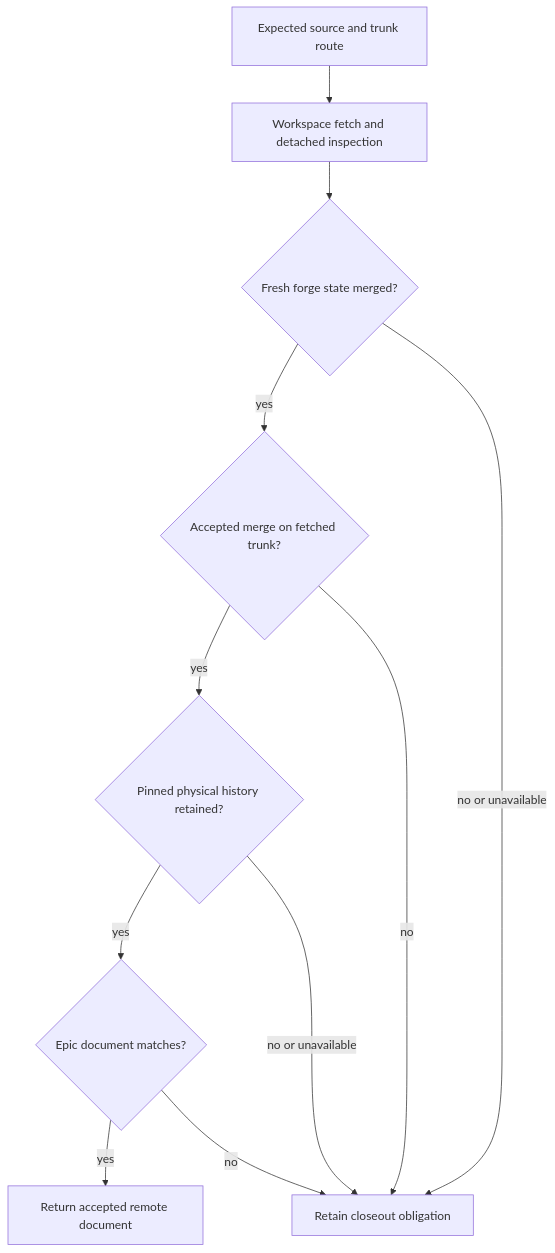
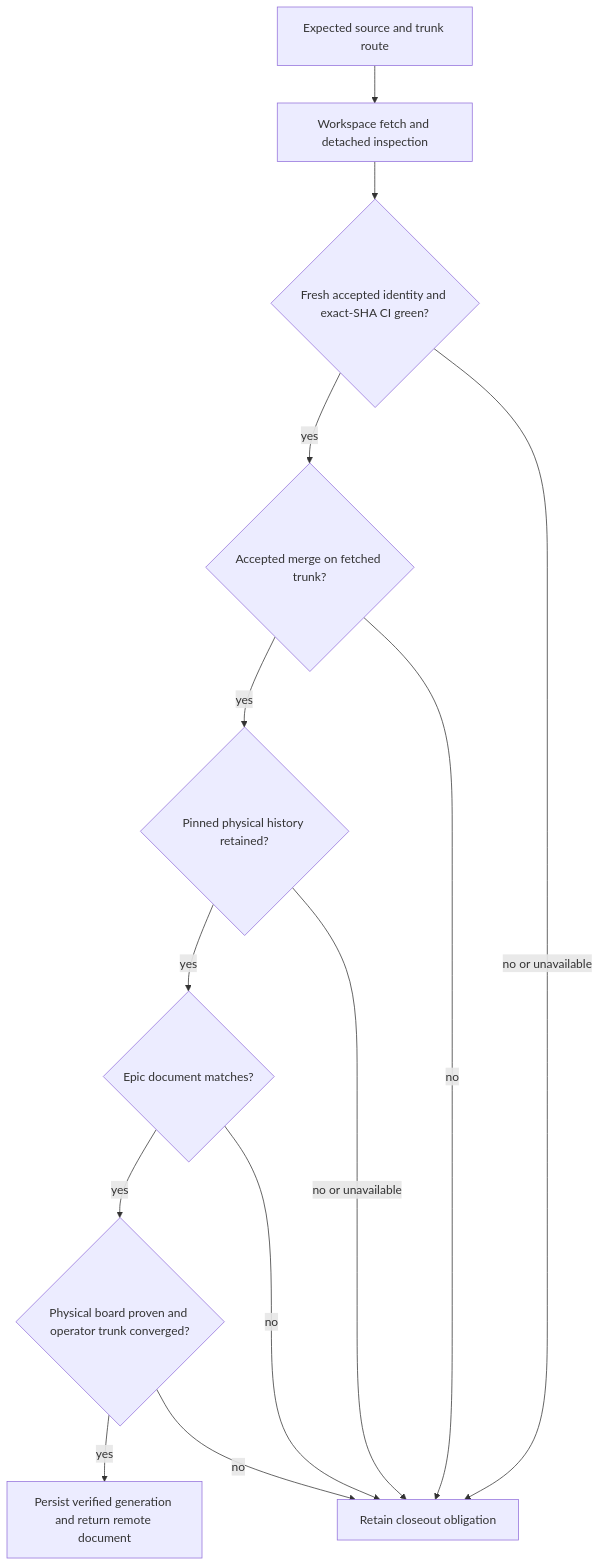
Before and after one commit to vincentc-b/CascadeCode: the second of 2 diagrams in cascade/boss/DESIGN.md, drawn with Mermaid. The commit also changed other lines of this file and 15 other files, not shown here.

````diff
--- a/cascade/boss/DESIGN.md
+++ b/cascade/boss/DESIGN.md
@@ -185,13 +196,15 @@
 ```mermaid
 flowchart TD
     Route[Expected source and trunk route] --> Fetch[Workspace fetch and detached inspection]
-    Fetch --> Forge{Fresh forge state merged?}
+    Fetch --> Forge{Fresh accepted identity and exact-SHA CI green?}
     Forge -->|yes| Ancestor{Accepted merge on fetched trunk?}
     Ancestor -->|yes| History{Pinned physical history retained?}
     History -->|yes| Document{Epic document matches?}
-    Document -->|yes| Accept[Return accepted remote document]
+    Document -->|yes| Sync{Physical board proven and operator trunk converged?}
+    Sync -->|yes| Accept[Persist verified generation and return remote document]
+    Sync -->|no| Wait
     Forge -->|no or unavailable| Wait[Retain closeout obligation]
     Ancestor -->|no| Wait
     History -->|no or unavailable| Wait
     Document -->|no| Wait
 ```
````
